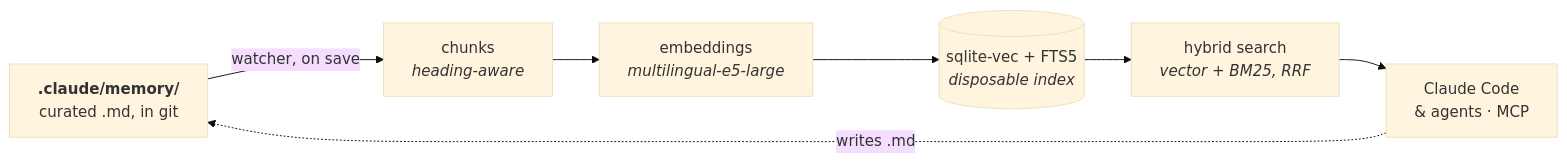
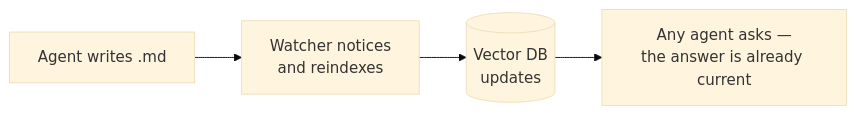
The diagram in README.md (DIMKA4621/mnemo), drawn with Mermaid (base theme) before and after one commit. The commit also changed other lines of this file and 1 other file, not shown here.

````diff
--- a/README.md
+++ b/README.md
@@ -17,12 +17,9 @@
 ```mermaid
 flowchart LR
-    A["<b>.claude/memory/</b><br/>curated .md, in git"]
-    B["chunks<br/><i>heading-aware</i>"]
-    C["embeddings<br/><i>multilingual-e5-large</i>"]
-    D[("sqlite-vec + FTS5<br/><i>disposable index</i>")]
-    E["hybrid search<br/><i>vector + BM25, RRF</i>"]
-    F["Claude Code<br/>& agents · MCP"]
+    A["Agent writes .md"]
+    B["Watcher notices<br/>and reindexes"]
+    C[("Vector DB<br/>updates")]
+    D["Any agent asks —<br/>the answer is already current"]
 
-    A -- "watcher, on save" --> B --> C --> D --> E --> F
-    F -. "writes .md" .-> A
+    A --> B --> C --> D
 ```
````
